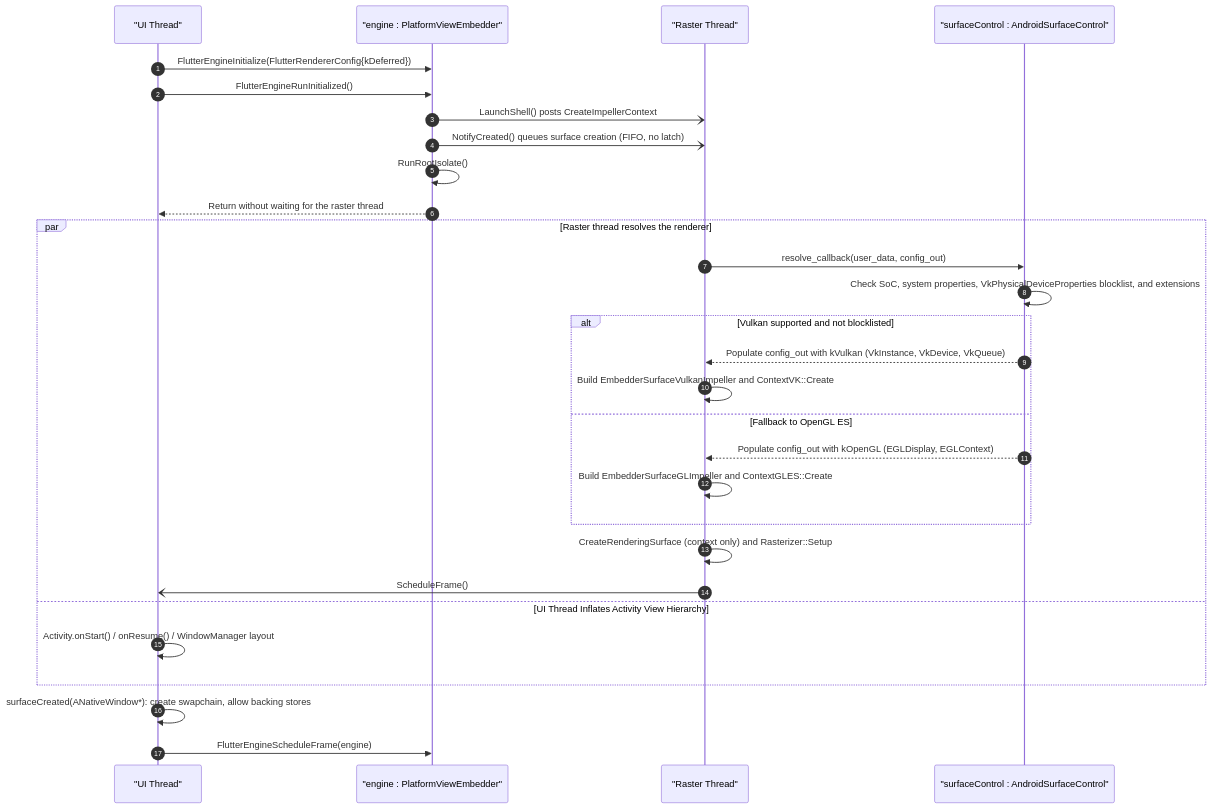
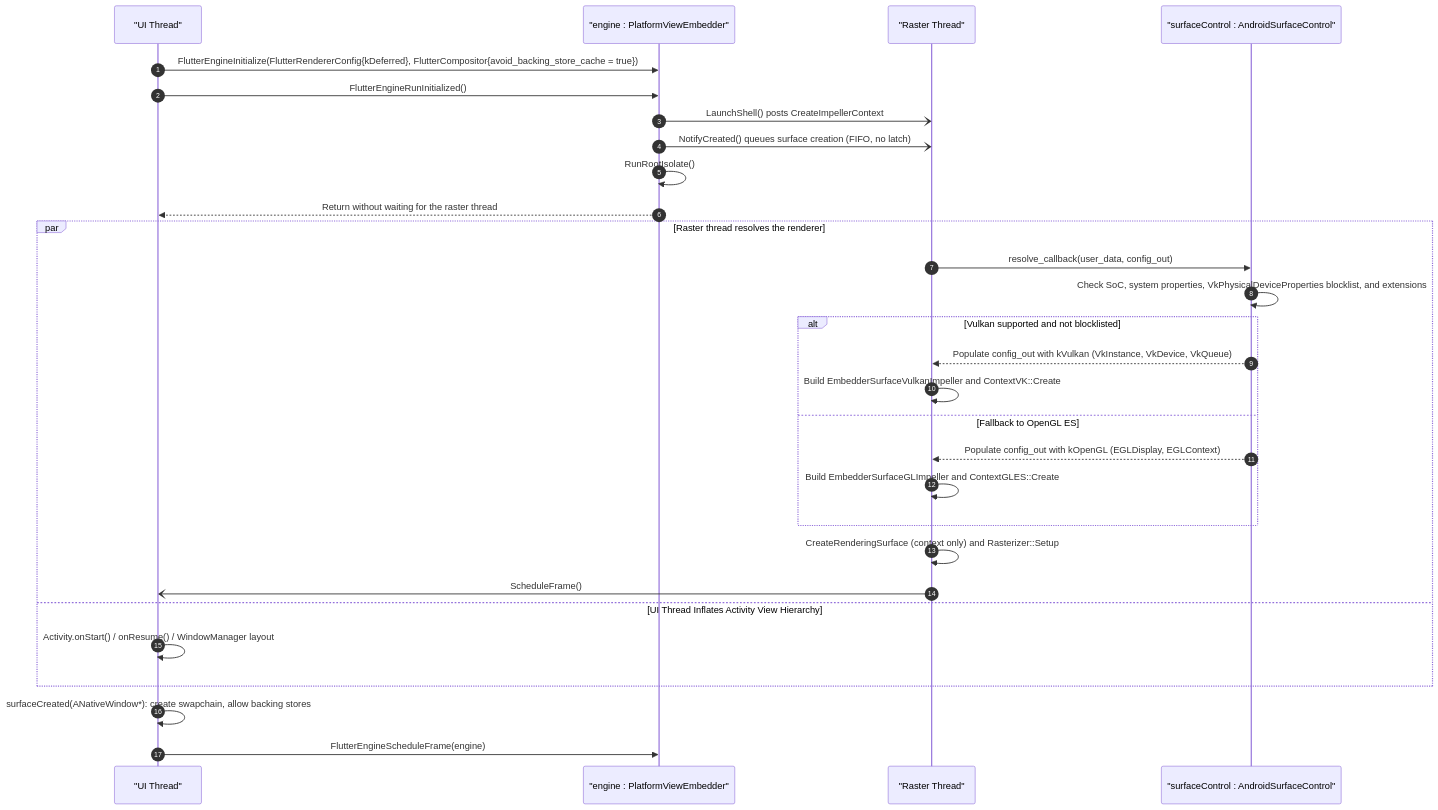
One commit to flutter/rfc changed the third of 14 diagrams in rfc/410.0000-flutter-android-embedder-c-api-migration.md. Above: the diagram before and after it, drawn with Mermaid. The commit also changed other lines of this file, not shown here.

Commit message:
Clarify backing_store_cache is disabled and made addition to existing structs more clear.

````diff
--- a/rfc/410.0000-flutter-android-embedder-c-api-migration.md
+++ b/rfc/410.0000-flutter-android-embedder-c-api-migration.md
@@ -222,32 +224,32 @@
 ```mermaid
 sequenceDiagram
     autonumber
     participant UI as "UI Thread"
     participant Emb as "engine : PlatformViewEmbedder"
     participant Raster as "Raster Thread"
     participant SC as "surfaceControl : AndroidSurfaceControl"
 
-    UI->>Emb: FlutterEngineInitialize(FlutterRendererConfig{kDeferred})
+    UI->>Emb: FlutterEngineInitialize(FlutterRendererConfig{kDeferred}, FlutterCompositor{avoid_backing_store_cache = true})
     UI->>Emb: FlutterEngineRunInitialized()
     Emb-)Raster: LaunchShell() posts CreateImpellerContext
     Emb-)Raster: NotifyCreated() queues surface creation (FIFO, no latch)
     Emb->>Emb: RunRootIsolate()
     Emb-->>UI: Return without waiting for the raster thread
     par Raster thread resolves the renderer
         Raster->>SC: resolve_callback(user_data, config_out)
         SC->>SC: Check SoC, system properties, VkPhysicalDeviceProperties blocklist, and extensions
         alt Vulkan supported and not blocklisted
             SC-->>Raster: Populate config_out with kVulkan (VkInstance, VkDevice, VkQueue)
             Raster->>Raster: Build EmbedderSurfaceVulkanImpeller and ContextVK::Create
         else Fallback to OpenGL ES
             SC-->>Raster: Populate config_out with kOpenGL (EGLDisplay, EGLContext)
             Raster->>Raster: Build EmbedderSurfaceGLImpeller and ContextGLES::Create
         end
         Raster->>Raster: CreateRenderingSurface (context only) and Rasterizer::Setup
         Raster-)UI: ScheduleFrame()
     and UI Thread Inflates Activity View Hierarchy
         UI->>UI: Activity.onStart() / onResume() / WindowManager layout
     end
     UI->>UI: surfaceCreated(ANativeWindow*): create swapchain, allow backing stores
     UI->>Emb: FlutterEngineScheduleFrame(engine)
 ```
````
